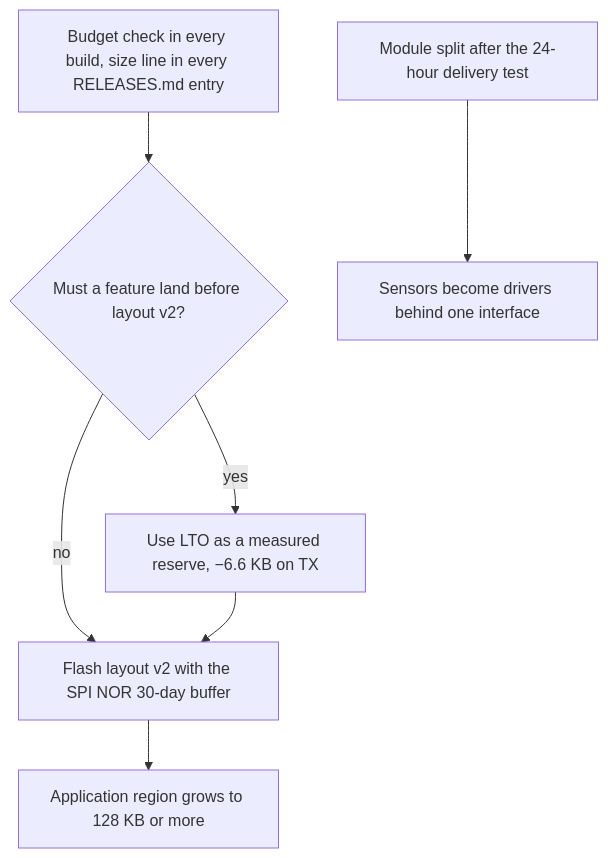
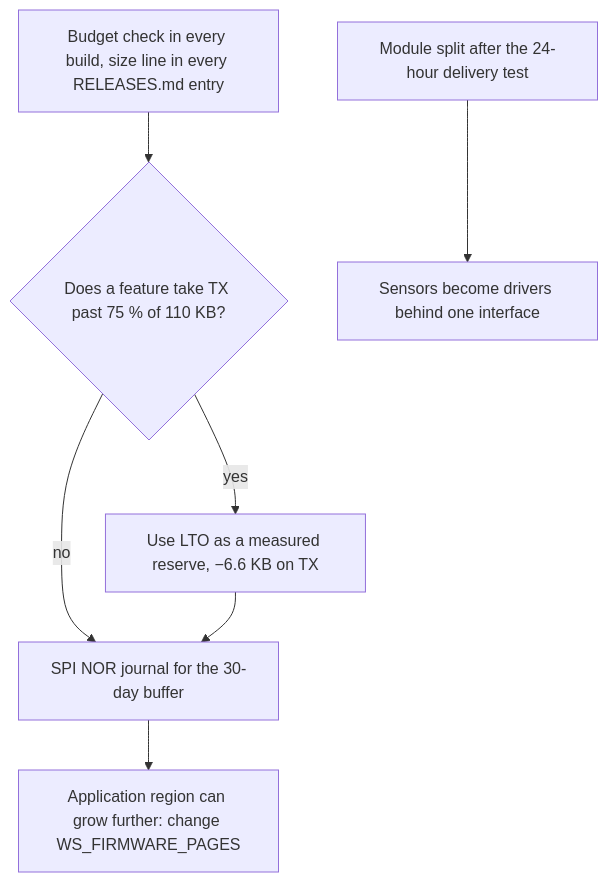
Before and after one commit to clintecker/weather-station-2026: the fifth of 6 diagrams in docs/firmware-budget.md, drawn with Mermaid. The commit also changed other lines of this file and 16 other files, not shown here.

First line of the commit message:
Docs: the new flash map (firmware 110 KB, journal 55-124, state at the top)

````diff
--- a/docs/firmware-budget.md
+++ b/docs/firmware-budget.md
@@ -265,9 +268,9 @@
 ```mermaid
 flowchart TD
-  A["Budget check in every build, size line in every RELEASES.md entry"] --> B{"Must a feature land before layout v2?"}
+  A["Budget check in every build, size line in every RELEASES.md entry"] --> B{"Does a feature take TX past 75 % of 110 KB?"}
   B -->|"yes"| C["Use LTO as a measured reserve, −6.6 KB on TX"]
-  B -->|"no"| D["Flash layout v2 with the SPI NOR 30-day buffer"]
+  B -->|"no"| D["SPI NOR journal for the 30-day buffer"]
   C --> D
-  D --> E["Application region grows to 128 KB or more"]
+  D --> E["Application region can grow further: change WS_FIRMWARE_PAGES"]
   F["Module split after the 24-hour delivery test"] --> G["Sensors become drivers behind one interface"]
 ```
````
